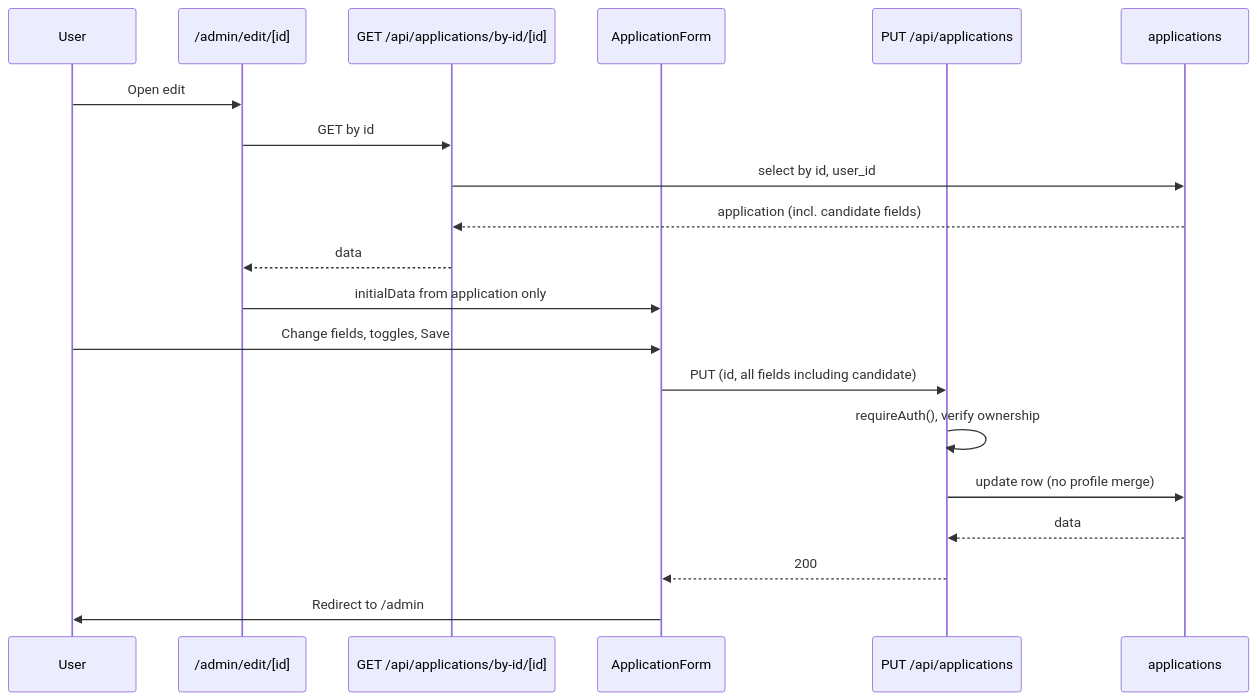
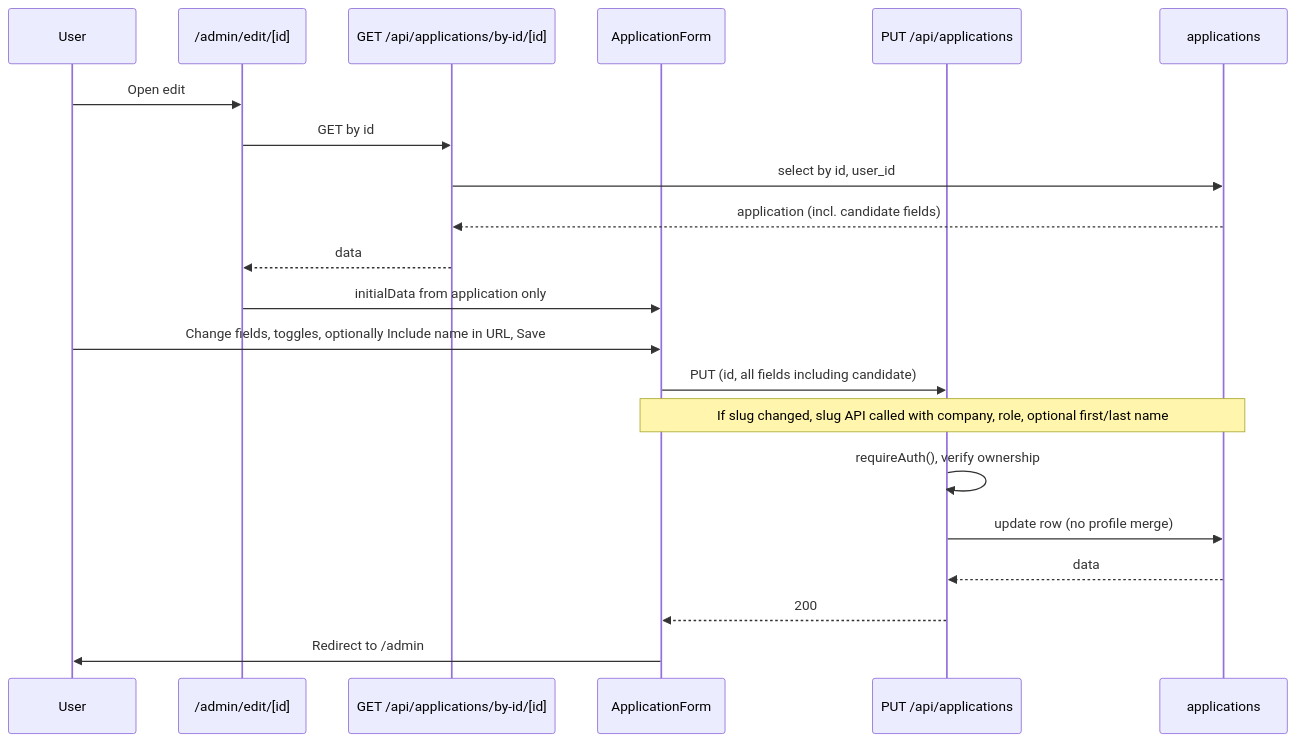
The fifth of 6 diagrams in docs/DATA_FLOW.md (joan-gerard/my-hire-view), drawn with Mermaid before and after one commit. The commit also changed other lines of this file and 14 other files, not shown here.

Commit message:
feat: name in slug — choose None, At start, or At end

````diff
--- a/docs/DATA_FLOW.md
+++ b/docs/DATA_FLOW.md
@@ -154,24 +154,25 @@
 ```mermaid
 sequenceDiagram
   participant U as User
   participant EditPage as /admin/edit/[id]
   participant ByIdAPI as GET /api/applications/by-id/[id]
   participant Form as ApplicationForm
   participant AppsAPI as PUT /api/applications
   participant Applications as applications
 
   U->>EditPage: Open edit
   EditPage->>ByIdAPI: GET by id
   ByIdAPI->>Applications: select by id, user_id
   Applications-->>ByIdAPI: application (incl. candidate fields)
   ByIdAPI-->>EditPage: data
   EditPage->>Form: initialData from application only
 
-  U->>Form: Change fields, toggles, Save
+  U->>Form: Change fields, toggles, optionally Include name in URL, Save
   Form->>AppsAPI: PUT (id, all fields including candidate)
+  Note over Form,Applications: If slug changed, slug API called with company, role, optional first/last name
   AppsAPI->>AppsAPI: requireAuth(), verify ownership
   AppsAPI->>Applications: update row (no profile merge)
   Applications-->>AppsAPI: data
   AppsAPI-->>Form: 200
   Form->>U: Redirect to /admin
 ```
````
